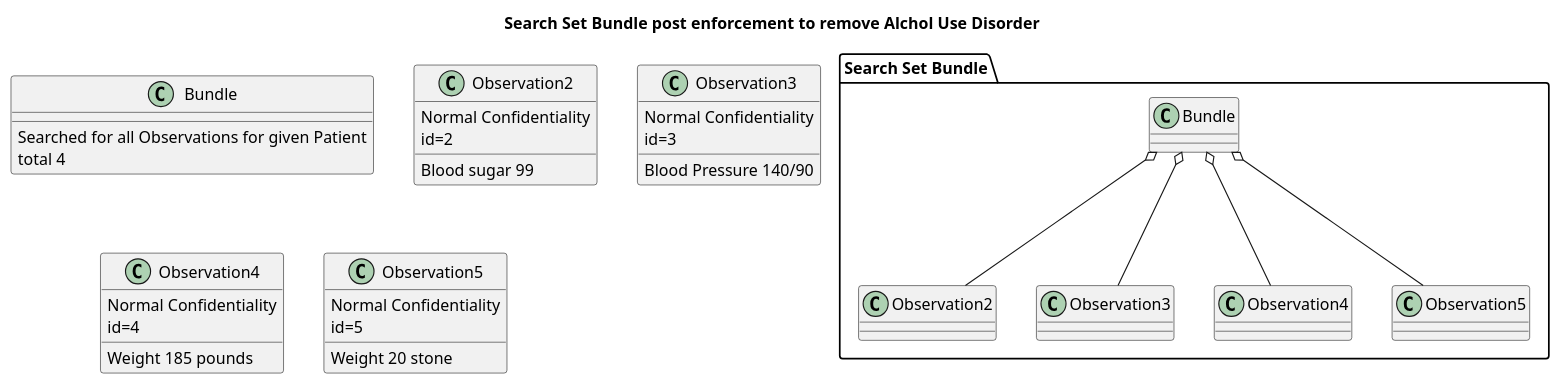
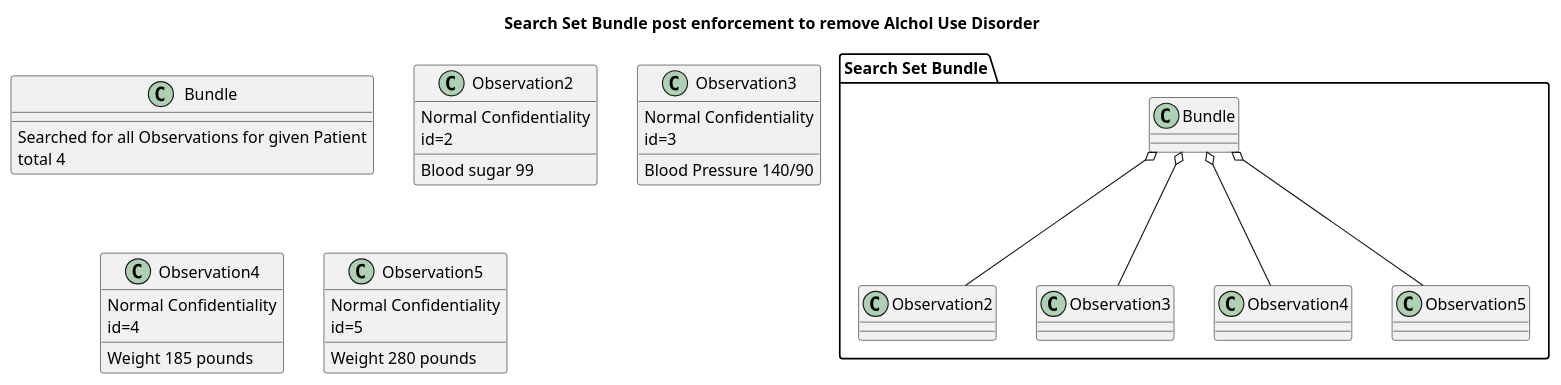
The diagram in input/images-source/post-enforcement-searchset.plantuml (IHE/ITI.PCF), drawn with PlantUML before and after one commit. The commit also changed 8 other files, not shown here.

```diff
--- a/input/images-source/post-enforcement-searchset.plantuml
+++ b/input/images-source/post-enforcement-searchset.plantuml
@@ -1,38 +1,38 @@
 @startuml
 title Search Set Bundle post enforcement to remove Alchol Use Disorder
 
 package "Search Set Bundle"  {
   class Bundle
 
   Bundle o-down- Observation2
   Bundle o-down- Observation3
   Bundle o-down- Observation4
   Bundle o-down- Observation5
 }
 
 class Bundle {
     {method} Searched for all Observations for given Patient
     {method} total 4
 }
 
 class Observation2 {
     {field} Normal Confidentiality
     {field} id=2
     {method} Blood sugar 99
 }
 class Observation3 {
     {field} Normal Confidentiality
     {field} id=3
     {method} Blood Pressure 140/90
 }
 class Observation4 {
     {field} Normal Confidentiality
     {field} id=4
     {method} Weight 185 pounds
 }
 class Observation5 {
     {field} Normal Confidentiality
     {field} id=5
-    {method} Weight 20 stone
+    {method} Weight 280 pounds
 }
 @enduml
```
